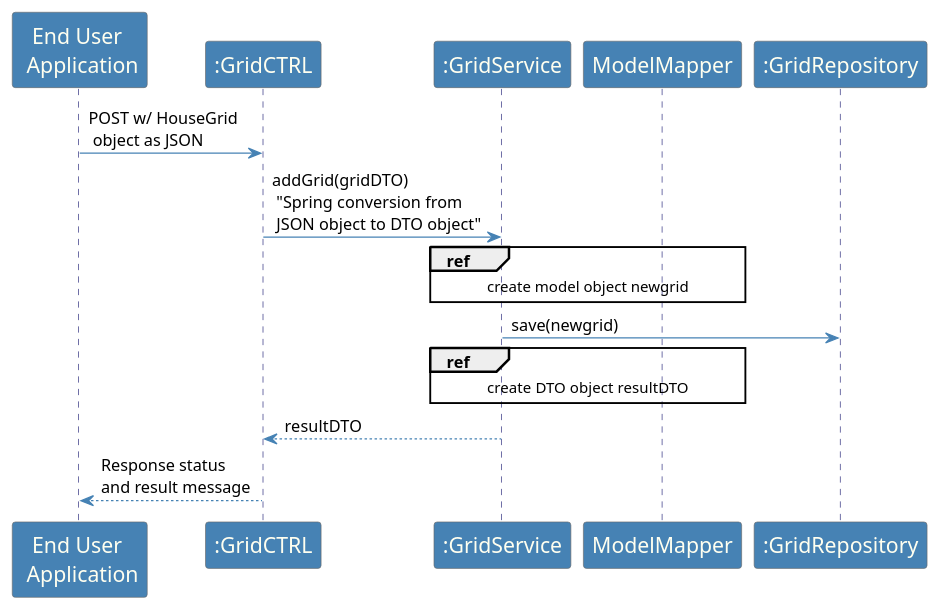
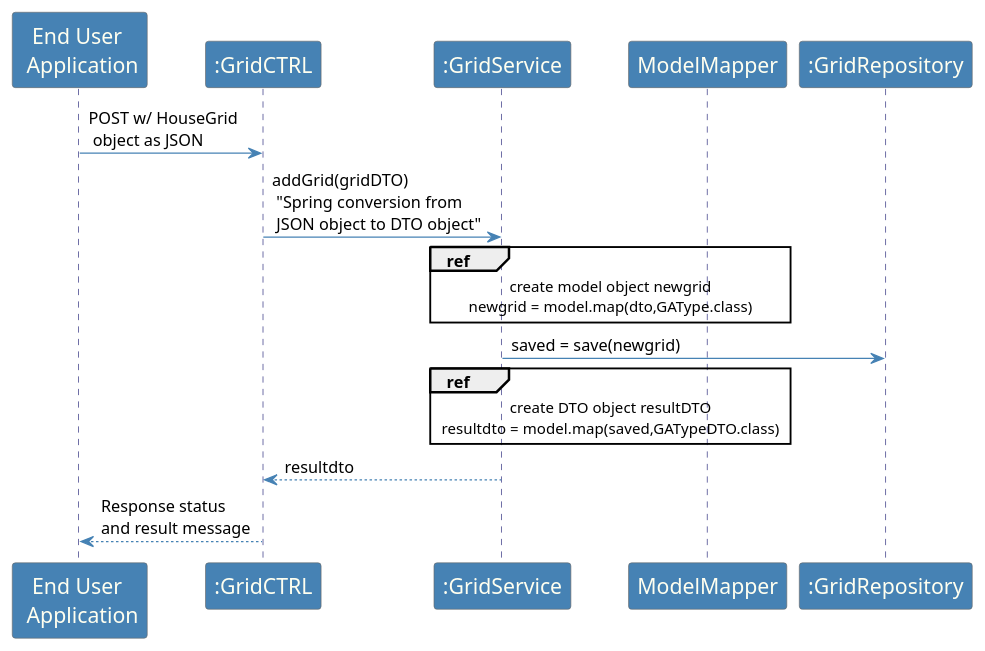
One commit to emanuel-pereira/hou changed the diagram in src/main/java/smarthome/controller/rest/sequenceDiagrams/sd_CreateHouseGrids.puml. Above: the diagram before and after it, drawn with PlantUML.

Commit message:
Addresses #232: - POST sequence diagram update;

```diff
--- a/src/main/java/smarthome/controller/rest/sequenceDiagrams/sd_CreateHouseGrids.puml
+++ b/src/main/java/smarthome/controller/rest/sequenceDiagrams/sd_CreateHouseGrids.puml
@@ -1,39 +1,38 @@
 @startuml
 
 skinparam sequence {
 	ArrowColor SteelBlue
 	ActorBorderColor Dimgray
 	LifeLineBorderColor MidnightBlue
 	LifeLineBackgroundColor #A9DCDF
 
 	ParticipantBorderColor Dimgray
 	ParticipantBackgroundColor SteelBlue
 	ParticipantFontName Calibri Bold
 	ParticipantFontSize 17
 	ParticipantFontColor Ivory
 
 	ActorBackgroundColor SteelBlue
 	ActorFontColor MidnightBlue
 	ActorFontSize 17
 	ActorFontName Aapex
-
 }
 
 skinparam note {
 BorderColor SteelBlue
 }
 
 "End User \n Application" -> ":GridCTRL": POST w/ HouseGrid \n object as JSON
 
 ":GridCTRL" -> ":GridService" : addGrid(gridDTO) \n "Spring conversion from \n JSON object to DTO object"
 
-ref over ":GridService","ModelMapper": create model object newgrid
+ref over ":GridService","ModelMapper": create model object newgrid\nnewgrid = model.map(dto,GAType.class)
 
-":GridService" -> ":GridRepository" : save(newgrid)
+":GridService" -> ":GridRepository" : saved = save(newgrid)
 
-ref over ":GridService","ModelMapper": create DTO object resultDTO
+ref over ":GridService","ModelMapper": create DTO object resultDTO\nresultdto = model.map(saved,GATypeDTO.class)
 
-":GridService" --> ":GridCTRL" : resultDTO
+":GridService" --> ":GridCTRL" : resultdto
 
 ":GridCTRL" --> "End User \n Application" : Response status \nand result message
 @enduml
```
